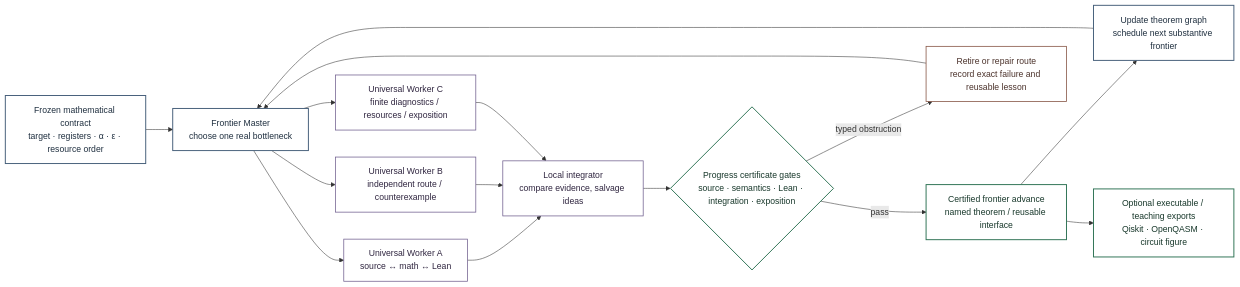
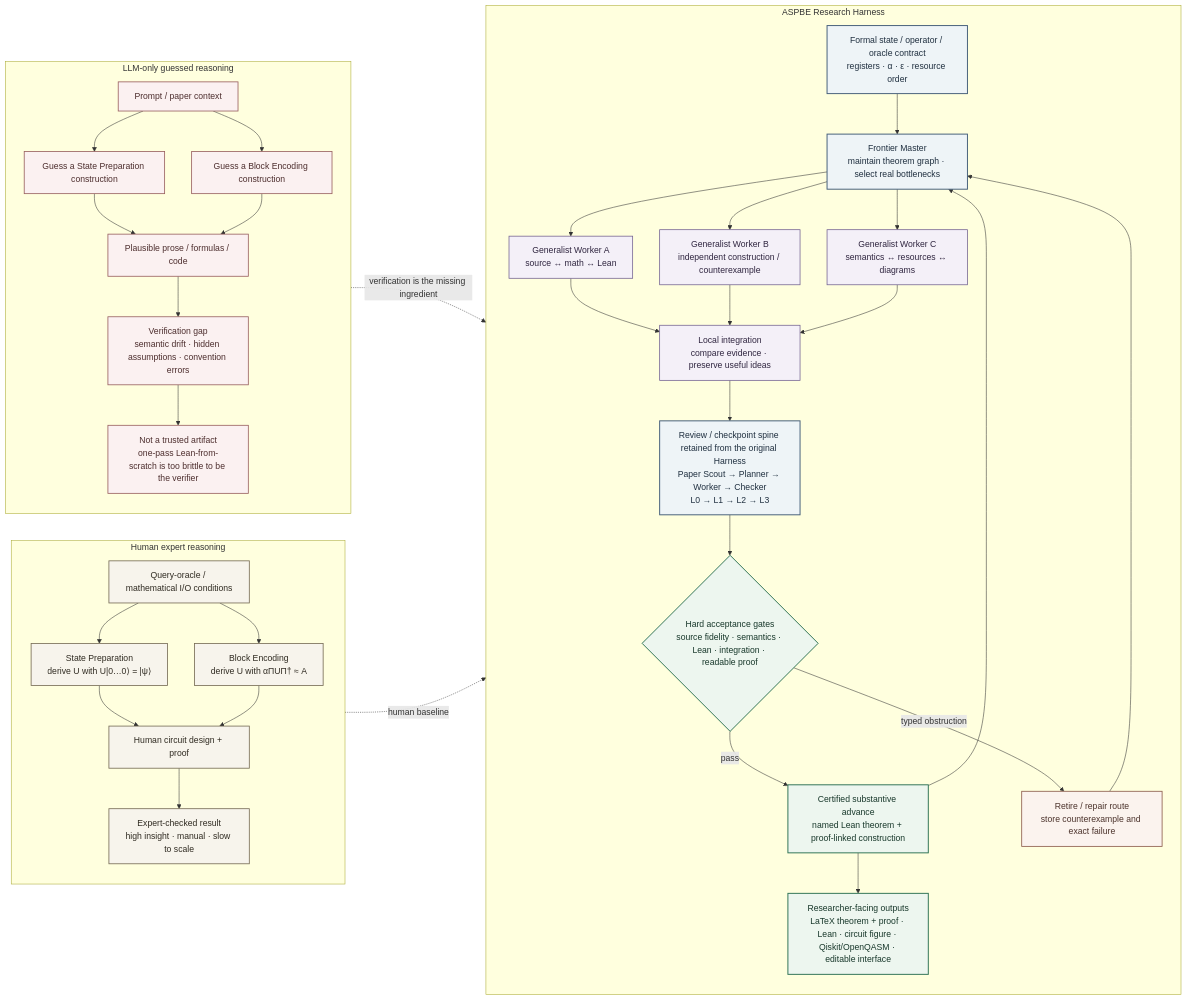
The diagram in website/diagrams/candidate-lifecycle.mmd (DakeBU/Quantum-Computing-Block-Encoding), drawn with Mermaid before and after one commit. The commit also changed 3 other files, not shown here.

First line of the commit message:
Clarify the ASPBE Harness with human and LLM baselines

```diff
--- a/website/diagrams/candidate-lifecycle.mmd
+++ b/website/diagrams/candidate-lifecycle.mmd
@@ -1,28 +1,56 @@
 flowchart LR
-  T["Frozen mathematical contract<br/>target · registers · α · ε · resource order"] --> M["Frontier Master<br/>choose one real bottleneck"]
+  subgraph H["Human expert reasoning"]
+    direction TB
+    H0["Query-oracle / mathematical I/O conditions"]
+    H0 --> HSP["State Preparation<br/>derive U with U|0…0⟩ = |ψ⟩"]
+    H0 --> HBE["Block Encoding<br/>derive U with αΠUΠ† ≈ A"]
+    HSP --> HP["Human circuit design + proof"]
+    HBE --> HP
+    HP --> HH["Expert-checked result<br/>high insight · manual · slow to scale"]
+  end
 
-  M --> W1["Universal Worker A<br/>source ↔ math ↔ Lean"]
-  M --> W2["Universal Worker B<br/>independent route / counterexample"]
-  M --> W3["Universal Worker C<br/>finite diagnostics / resources / exposition"]
+  subgraph L["LLM-only guessed reasoning"]
+    direction TB
+    L0["Prompt / paper context"]
+    L0 --> LSP["Guess a State Preparation construction"]
+    L0 --> LBE["Guess a Block Encoding construction"]
+    LSP --> LO["Plausible prose / formulas / code"]
+    LBE --> LO
+    LO --> LF["Verification gap<br/>semantic drift · hidden assumptions · convention errors"]
+    LF --> LX["Not a trusted artifact<br/>one-pass Lean-from-scratch is too brittle to be the verifier"]
+  end
 
-  W1 --> I["Local integrator<br/>compare evidence, salvage ideas"]
-  W2 --> I
-  W3 --> I
+  subgraph A["ASPBE Research Harness"]
+    direction TB
+    A0["Formal state / operator / oracle contract<br/>registers · α · ε · resource order"]
+    A0 --> M["Frontier Master<br/>maintain theorem graph · select real bottlenecks"]
+    M --> W1["Generalist Worker A<br/>source ↔ math ↔ Lean"]
+    M --> W2["Generalist Worker B<br/>independent construction / counterexample"]
+    M --> W3["Generalist Worker C<br/>semantics ↔ resources ↔ diagrams"]
+    W1 --> I["Local integration<br/>compare evidence · preserve useful ideas"]
+    W2 --> I
+    W3 --> I
+    I --> R["Review / checkpoint spine retained from the original Harness<br/>Paper Scout → Planner → Worker → Checker<br/>L0 → L1 → L2 → L3"]
+    R --> G{"Hard acceptance gates<br/>source fidelity · semantics · Lean · integration · readable proof"}
+    G -- "pass" --> C["Certified substantive advance<br/>named Lean theorem + proof-linked construction"]
+    G -- "typed obstruction" --> F["Retire / repair route<br/>store counterexample and exact failure"]
+    F --> M
+    C --> O["Researcher-facing outputs<br/>LaTeX theorem + proof · Lean · circuit figure · Qiskit/OpenQASM · editable interface"]
+    C --> M
+  end
 
-  I --> G{"Progress certificate gates<br/>source · semantics · Lean · integration · exposition"}
-  G -- "pass" --> C["Certified frontier advance<br/>named theorem / reusable interface"]
-  G -- "typed obstruction" --> O["Retire or repair route<br/>record exact failure and reusable lesson"]
-  O --> M
-  C --> N["Update theorem graph<br/>schedule next substantive frontier"]
-  N --> M
+  HH -. "human baseline" .-> A0
+  LX -. "verification is the missing ingredient" .-> A0
 
-  C --> E["Optional executable / teaching exports<br/>Qiskit · OpenQASM · circuit figure"]
-
-  classDef master fill:#ffffff,stroke:#465f7a,color:#203040,stroke-width:1.8px;
-  classDef worker fill:#ffffff,stroke:#71608f,color:#302640,stroke-width:1.4px;
-  classDef proof fill:#ffffff,stroke:#2f7355,color:#18382b,stroke-width:1.8px;
-  classDef fail fill:#ffffff,stroke:#8a5a4a,color:#4c332c,stroke-width:1.5px;
-  class T,M,N master;
+  classDef human fill:#f7f4ec,stroke:#756a54,color:#302b22,stroke-width:1.5px;
+  classDef llm fill:#fbf1f1,stroke:#985f5f,color:#4d2e2e,stroke-width:1.5px;
+  classDef master fill:#eef4f7,stroke:#465f7a,color:#203040,stroke-width:1.8px;
+  classDef worker fill:#f4f0f8,stroke:#71608f,color:#302640,stroke-width:1.4px;
+  classDef proof fill:#edf6ef,stroke:#2f7355,color:#18382b,stroke-width:1.8px;
+  classDef fail fill:#fbf3ee,stroke:#8a5a4a,color:#4c332c,stroke-width:1.5px;
+  class H0,HSP,HBE,HP,HH human;
+  class L0,LSP,LBE,LO,LF,LX llm;
+  class A0,M,R master;
   class W1,W2,W3,I worker;
-  class G,C,E proof;
-  class O fail;
+  class G,C,O proof;
+  class F fail;
```
